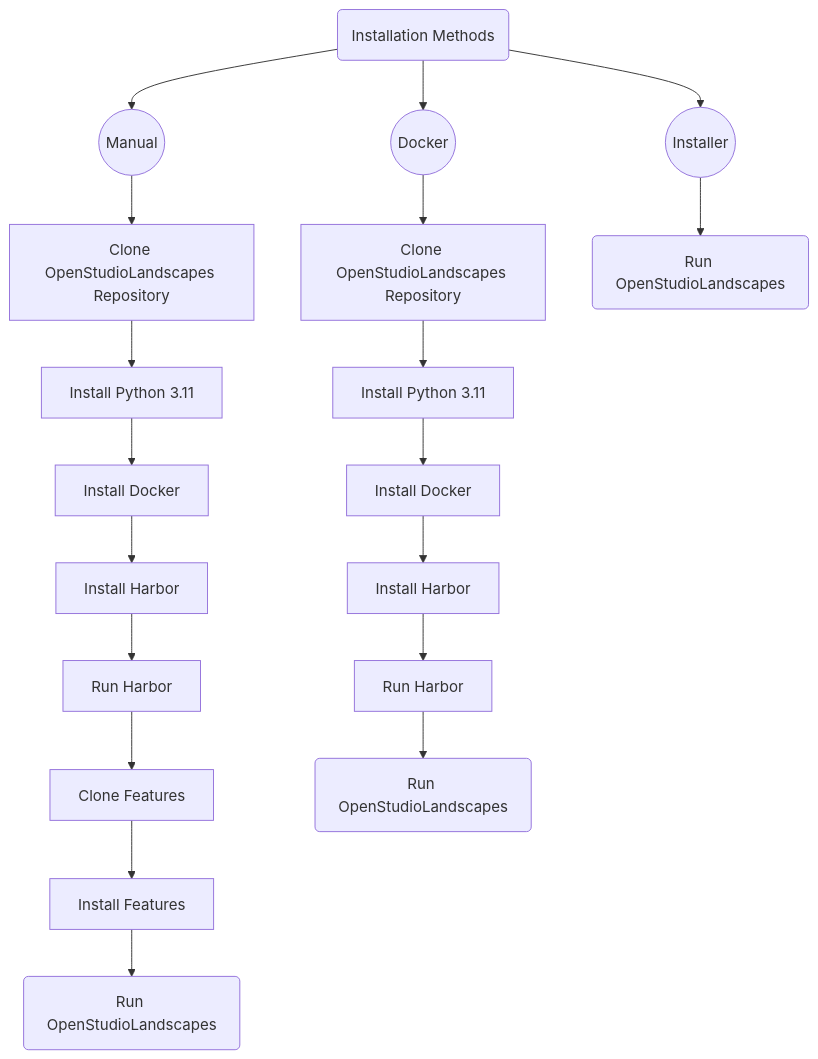
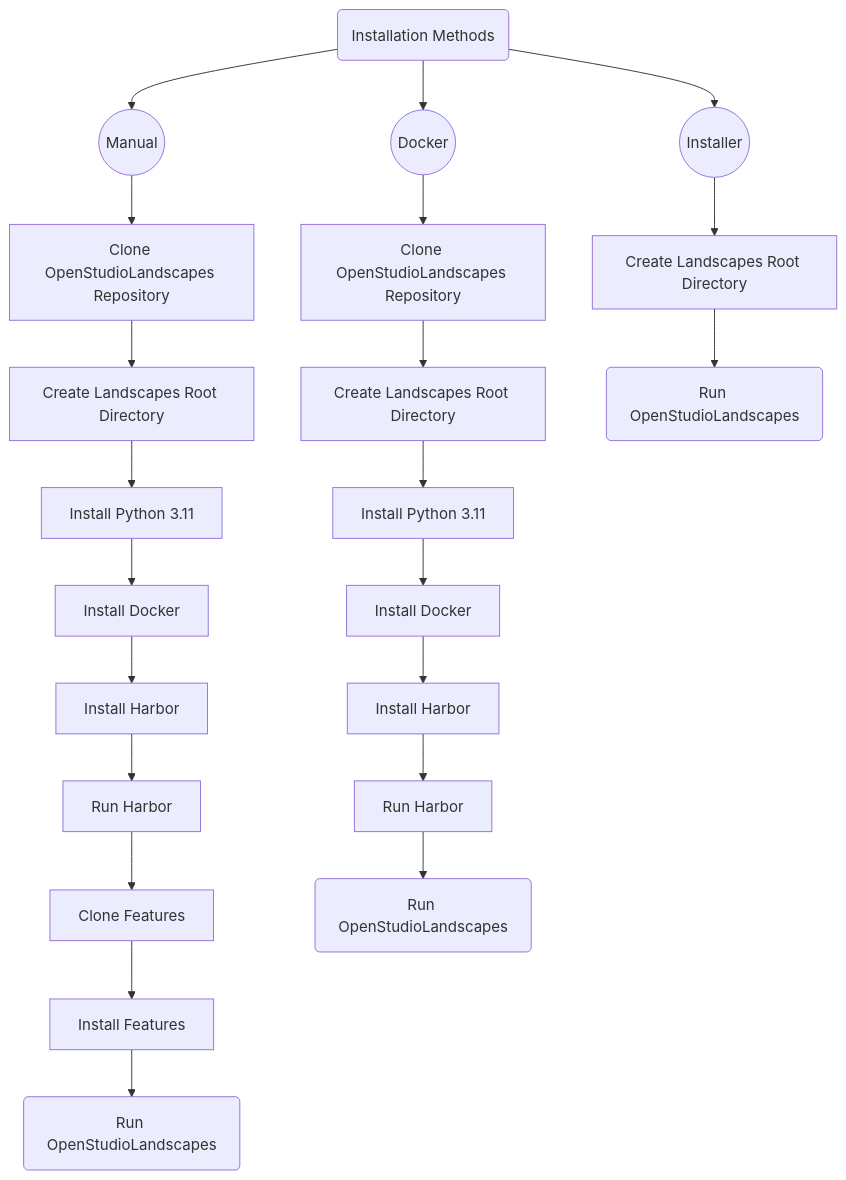
One commit to michimussato/OpenStudioLandscapes changed the diagram in wiki/README.md. Above: the diagram before and after it, drawn with Mermaid. The commit also changed 1 other file, not shown here.

Commit message:
refactor

````diff
--- a/wiki/README.md
+++ b/wiki/README.md
@@ -13,66 +13,73 @@
 ```mermaid
 graph TB
     installation_methods(Installation Methods)
     manual((Manual))
     click manual href "https://github.com/michimussato/OpenStudioLandscapes/blob/main/wiki/installation/basic_installation.md#basic-installation"
     docker((Docker))
     click docker href "https://github.com/michimussato/OpenStudioLandscapes/blob/main/wiki/installation/basic_installation.md#install-docker"
     script((Installer))
     click script href "https://github.com/michimussato/OpenStudioLandscapes/blob/main/wiki/installation/basic_installation_from_script.md"
     installation_methods --> manual
     installation_methods --> docker
     installation_methods --> script
     
     clone_repo_manual[Clone OpenStudioLandscapes Repository]
-    click clone_repo_manual href "https://github.com/michimussato/OpenStudioLandscapes/blob/main/wiki/installation/basic_installation.md#openstudiolandscapes"
+    click clone_repo_manual href "https://github.com/michimussato/OpenStudioLandscapes/blob/main/wiki/installation/basic_installation.md#clone-repository"
     clone_repo_docker[Clone OpenStudioLandscapes Repository]
-    click clone_repo_docker href "https://github.com/michimussato/OpenStudioLandscapes/blob/main/wiki/installation/basic_installation.md#openstudiolandscapes"
+    click clone_repo_docker href "https://github.com/michimussato/OpenStudioLandscapes/blob/main/wiki/installation/basic_installation.md#clone-repository"
     %% clone_repo_script[Clone OpenStudioLandscapes Repository]
     %% click clone_repo_script href "https://github.com/michimussato/OpenStudioLandscapes/blob/main/wiki/installation/basic_installation.md#openstudiolandscapes"
+    
+    landscapes_root_manual[Create Landscapes Root Directory]
+    click landscapes_root_manual href "https://github.com/michimussato/OpenStudioLandscapes/blob/main/wiki/installation/basic_installation.md#create-landscapes-root-directory"
+    landscapes_root_docker[Create Landscapes Root Directory]
+    click landscapes_root_docker href "https://github.com/michimussato/OpenStudioLandscapes/blob/main/wiki/installation/basic_installation.md#create-landscapes-root-directory"
+    landscapes_root_script[Create Landscapes Root Directory]
+    click landscapes_root_script href "https://github.com/michimussato/OpenStudioLandscapes/blob/main/wiki/installation/basic_installation.md#create-landscapes-root-directory"
     
     install_python_manual[Install Python 3.11]
     click install_python_manual href "https://github.com/michimussato/OpenStudioLandscapes/blob/main/wiki/installation/basic_installation.md#install-python311"
     install_python_docker[Install Python 3.11]
     click install_python_docker href "https://github.com/michimussato/OpenStudioLandscapes/blob/main/wiki/installation/basic_installation.md#install-python311"
 
     install_docker_manual[Install Docker]
     click install_docker_manual href "https://github.com/michimussato/OpenStudioLandscapes/blob/main/wiki/installation/basic_installation.md#install-docker"
     install_docker_docker[Install Docker]
     click install_docker_docker href "https://github.com/michimussato/OpenStudioLandscapes/blob/main/wiki/installation/basic_installation.md#install-docker"
     %% install_docker_script[Install Docker]
     %% click install_docker_script href "https://github.com/michimussato/OpenStudioLandscapes/blob/main/wiki/installation/basic_installation.md#install-docker"
     
     install_harbor_manual[Install Harbor]
     click install_harbor_manual href "https://github.com/michimussato/OpenStudioLandscapes/blob/main/wiki/installation/basic_installation.md#harbor"
     install_harbor_docker[Install Harbor]
     click install_harbor_docker href "https://github.com/michimussato/OpenStudioLandscapes/blob/main/wiki/installation/basic_installation.md#harbor"
     %% install_harbor_script[Install Harbor]
     %% click install_harbor_script href "https://github.com/michimussato/OpenStudioLandscapes/blob/main/wiki/installation/basic_installation.md#harbor"
     
     run_harbor_manual[Run Harbor]
     click run_harbor_manual href "https://github.com/michimussato/OpenStudioLandscapes/blob/main/wiki/run/run_harbor.md#up"
     run_harbor_docker[Run Harbor]
     click run_harbor_docker href "https://github.com/michimussato/OpenStudioLandscapes/blob/main/wiki/run/run_harbor.md#up"
     %% run_harbor_script[Run Harbor]
     %% click run_harbor_script href "https://github.com/michimussato/OpenStudioLandscapes/blob/main/wiki/run/run_harbor.md#up"
     
     clone_features_manual[Clone Features]
     click clone_features_manual href "https://github.com/michimussato/OpenStudioLandscapes/blob/main/wiki/installation/install_features.md#clone-features"
     install_features_manual[Install Features]
     click install_features_manual href "https://github.com/michimussato/OpenStudioLandscapes/blob/main/wiki/installation/install_features.md#install-features-1"
     
     run_manual(Run OpenStudioLandscapes)
     click run_manual href "https://github.com/michimussato/OpenStudioLandscapes/blob/main/wiki/run_openstudiolandscapes/from_manual.md#up"
     run_docker(Run OpenStudioLandscapes)
     click run_docker href "https://github.com/michimussato/OpenStudioLandscapes/blob/main/wiki/run_openstudiolandscapes/from_docker_image.md"
     run_script(Run OpenStudioLandscapes)
     click run_script href "https://github.com/michimussato/OpenStudioLandscapes/blob/main/wiki/run_openstudiolandscapes/from_script.md#up-and-down"
     
-    manual --> clone_repo_manual --> install_python_manual --> install_docker_manual --> install_harbor_manual 
+    manual --> clone_repo_manual --> landscapes_root_manual --> install_python_manual --> install_docker_manual --> install_harbor_manual 
     install_harbor_manual --> run_harbor_manual --> clone_features_manual --> install_features_manual --> run_manual
     
-    docker --> clone_repo_docker --> install_python_docker --> install_docker_docker --> install_harbor_docker
+    docker --> clone_repo_docker --> landscapes_root_docker --> install_python_docker --> install_docker_docker --> install_harbor_docker
     install_harbor_docker --> run_harbor_docker --> run_docker
     
-    script --> run_script
+    script --> landscapes_root_script --> run_script
 ```
````
